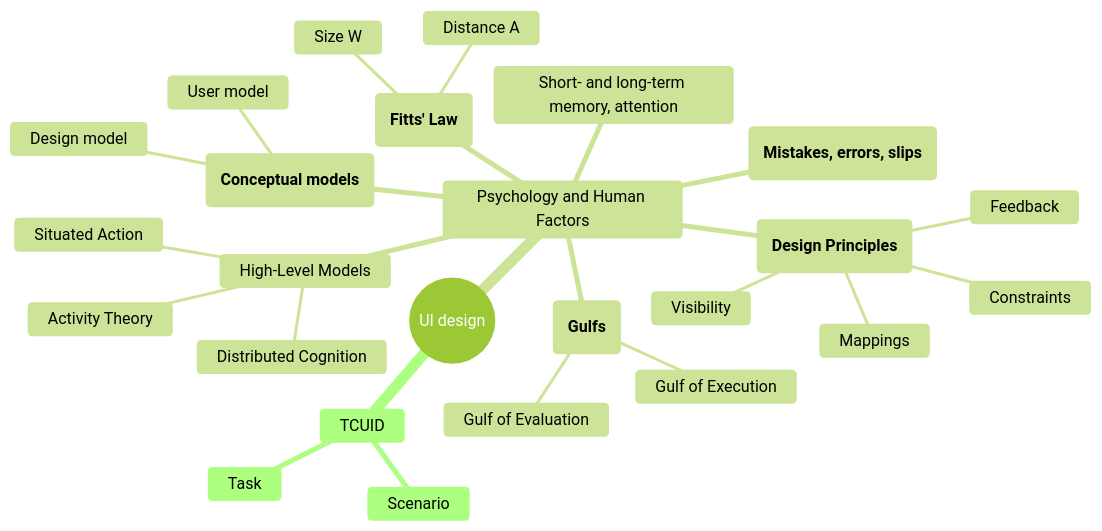
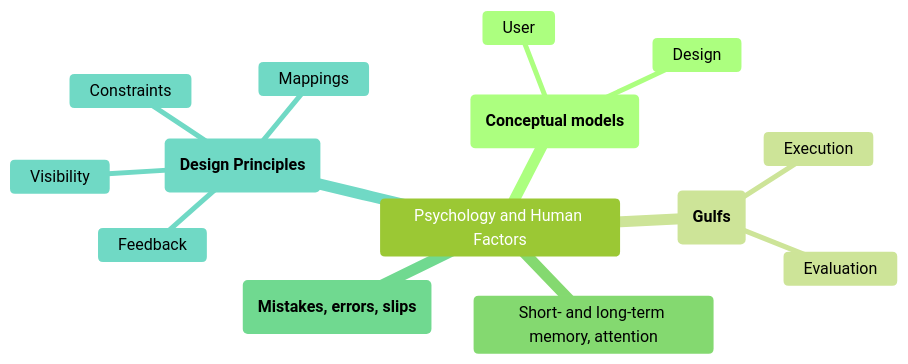
Before and after one commit to chernyshevdv/chernyshevdv: the second of 2 diagrams in tcuid.md, drawn with Mermaid (forest theme). The commit also changed other lines of this file, not shown here.

````diff
--- a/tcuid.md
+++ b/tcuid.md
@@ -3,28 +13,17 @@
 ```mermaid
 mindmap
-  root((UI design))
-    TCUID
-      Task
-      Scenario
-    Psychology and Human Factors
-      FL(**Fitts' Law**)
-        Size W
-        Distance A
-      MES(**Mistakes, errors, slips**)
-      CM(**Conceptual models**)
-        Design model
-        User model
-      G(**Gulfs**)
-        Gulf of Execution
-        Gulf of Evaluation
-      Short- and long-term memory, attention
-      DP(**Design Principles**)
-        Visibility
-        Feedback
-        Mappings
-        Constraints
-      High-Level Models
-        Distributed Cognition
-        Activity Theory
-        Situated Action
+  Psychology and Human Factors
+    CM(**Conceptual models**)
+      Design
+      User
+    G(**Gulfs**)
+      Execution
+      Evaluation
+    Short- and long-term memory, attention
+    MES(**Mistakes, errors, slips**)
+    DP(**Design Principles**)
+      Visibility
+      Feedback
+      Mappings
+      Constraints
 ```
````
